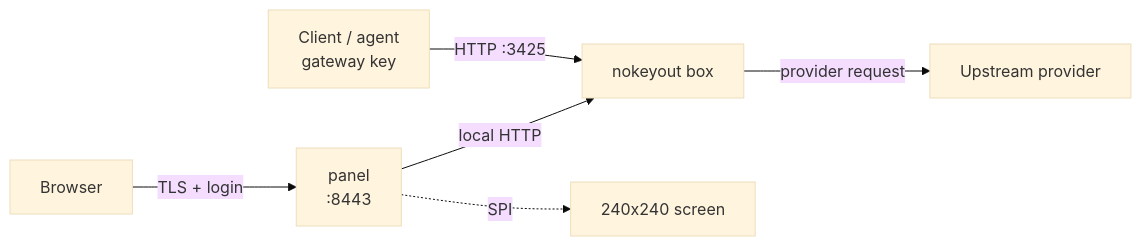
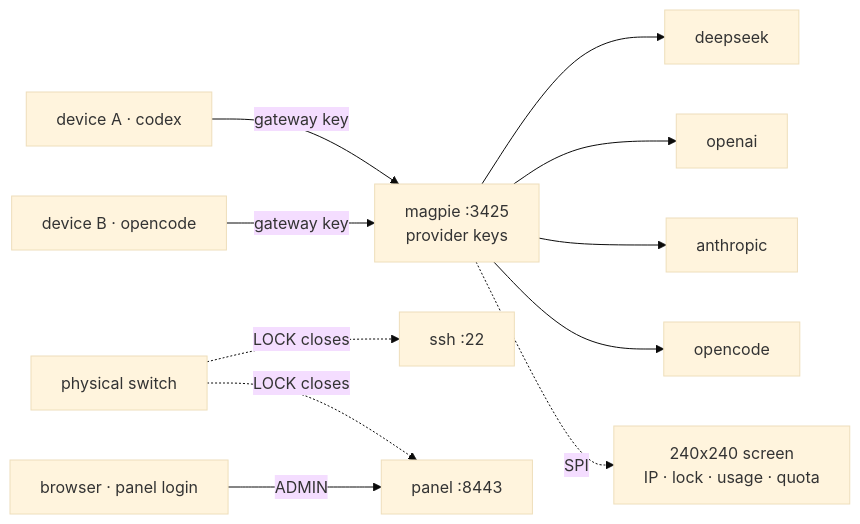
One commit to Purisky/NoKeyOut changed the diagram in README.md. Above: the diagram before and after it, drawn with Mermaid (base theme). The commit also changed other lines of this file and 1 other file, not shown here.

````diff
--- a/README.md
+++ b/README.md
@@ -15,8 +13,13 @@
 ```mermaid
 graph LR
-  C["Client / agent<br/>gateway key"] -->|"HTTP :3425"| G["nokeyout box"]
-  G -->|"provider request"| P["Upstream provider"]
-  A["Browser"] -->|"TLS + login"| M["panel<br/>:8443"]
-  M -->|"local HTTP"| G
-  M -.->|"SPI"| H["240x240 screen"]
+  A["device A · codex"] -->|gateway key| M["magpie :3425<br/>provider keys"]
+  B["device B · opencode"] -->|gateway key| M
+  M --> P1["deepseek"]
+  M --> P2["openai"]
+  M --> P3["anthropic"]
+  M --> P4["opencode"]
+  S["physical switch"] -.->|LOCK closes| SSH["ssh :22"]
+  S -.->|LOCK closes| PANEL["panel :8443"]
+  W["browser · panel login"] -->|ADMIN| PANEL
+  M -.->|SPI| H["240x240 screen<br/>IP · lock · usage · quota"]
 ```
````
